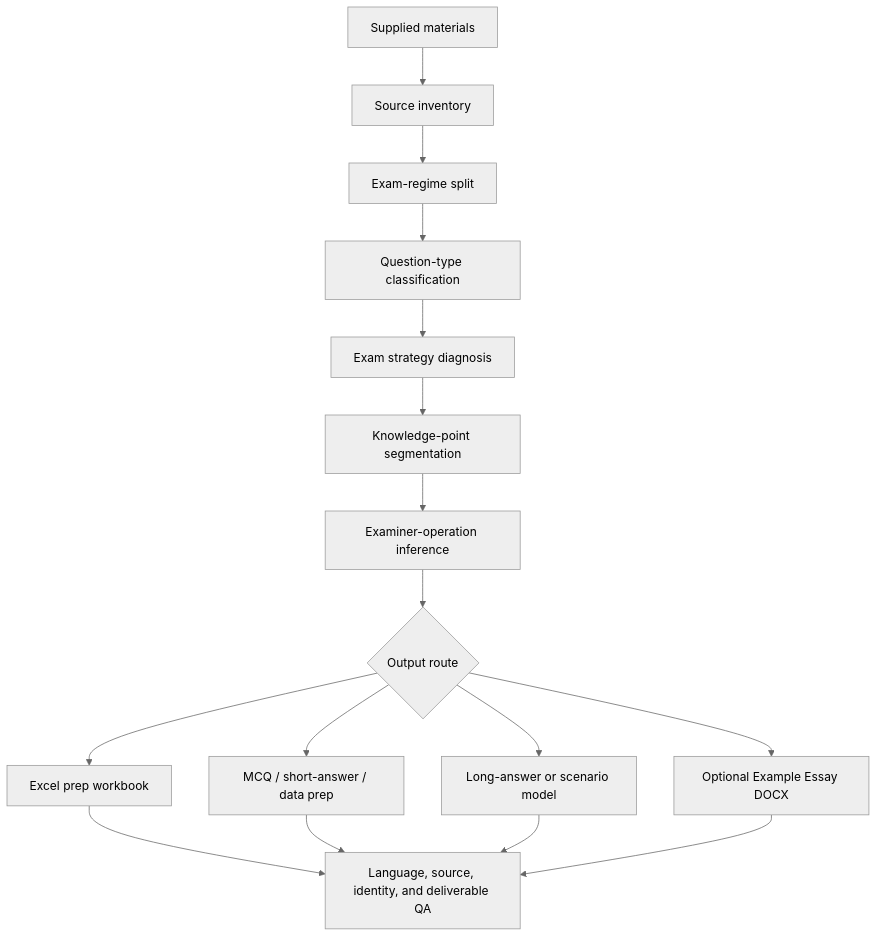
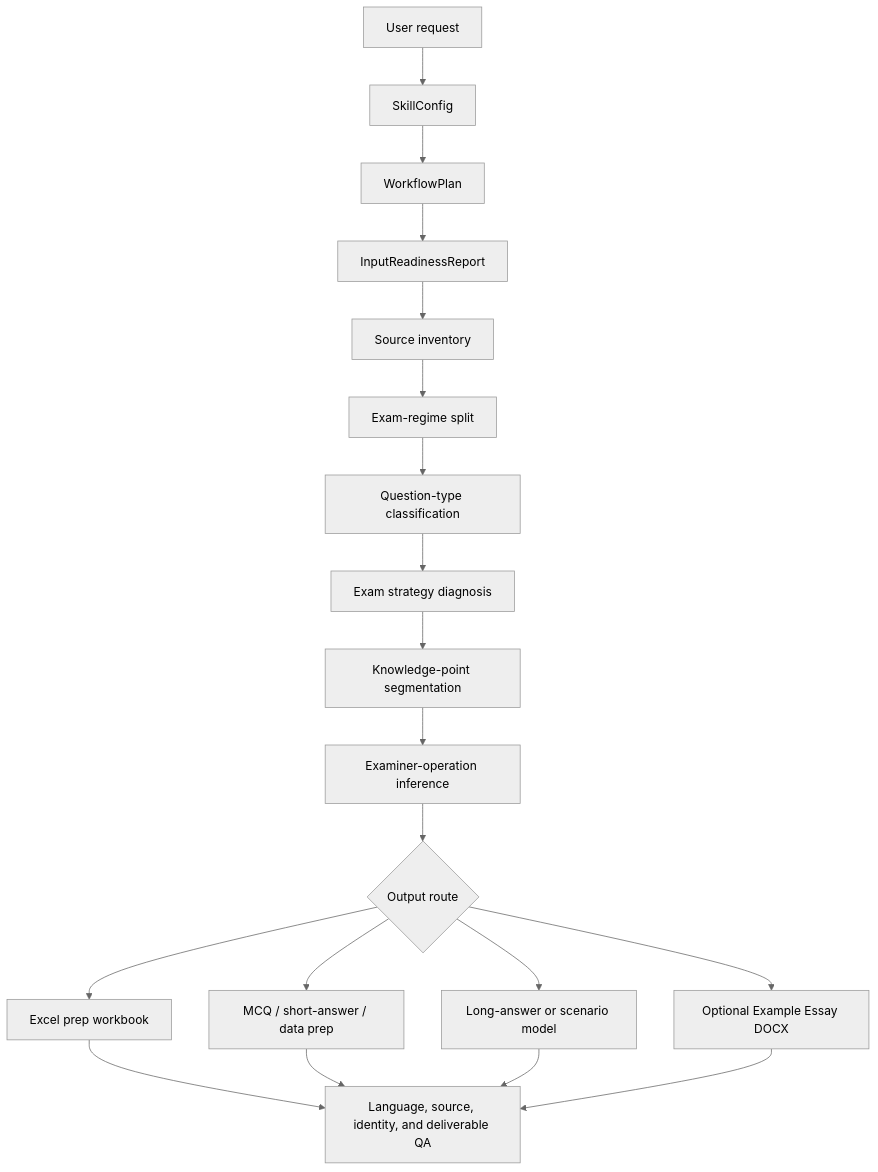
The diagram in README.md (OctavianYimingZhang/sbs-exam-prep-workflow), drawn with Mermaid (neutral theme) before and after one commit. The commit also changed other lines of this file and 29 other files, not shown here.

````diff
--- a/README.md
+++ b/README.md
@@ -98,18 +137,21 @@
 ```mermaid
 flowchart TD
-    A[Supplied materials] --> B[Source inventory]
-    B --> C[Exam-regime split]
-    C --> D[Question-type classification]
-    D --> E[Exam strategy diagnosis]
-    E --> F[Knowledge-point segmentation]
-    F --> G[Examiner-operation inference]
-    G --> H{Output route}
-    H --> I[Excel prep workbook]
-    H --> J[MCQ / short-answer / data prep]
-    H --> K[Long-answer or scenario model]
-    H --> L[Optional Example Essay DOCX]
-    I --> M[Language, source, identity, and deliverable QA]
-    J --> M
-    K --> M
-    L --> M
+    A[User request] --> B[SkillConfig]
+    B --> C[WorkflowPlan]
+    C --> D[InputReadinessReport]
+    D --> E[Source inventory]
+    E --> F[Exam-regime split]
+    F --> G[Question-type classification]
+    G --> H[Exam strategy diagnosis]
+    H --> I[Knowledge-point segmentation]
+    I --> J[Examiner-operation inference]
+    J --> K{Output route}
+    K --> L[Excel prep workbook]
+    K --> M[MCQ / short-answer / data prep]
+    K --> N[Long-answer or scenario model]
+    K --> O[Optional Example Essay DOCX]
+    L --> P[Language, source, identity, and deliverable QA]
+    M --> P
+    N --> P
+    O --> P
 ```
````
